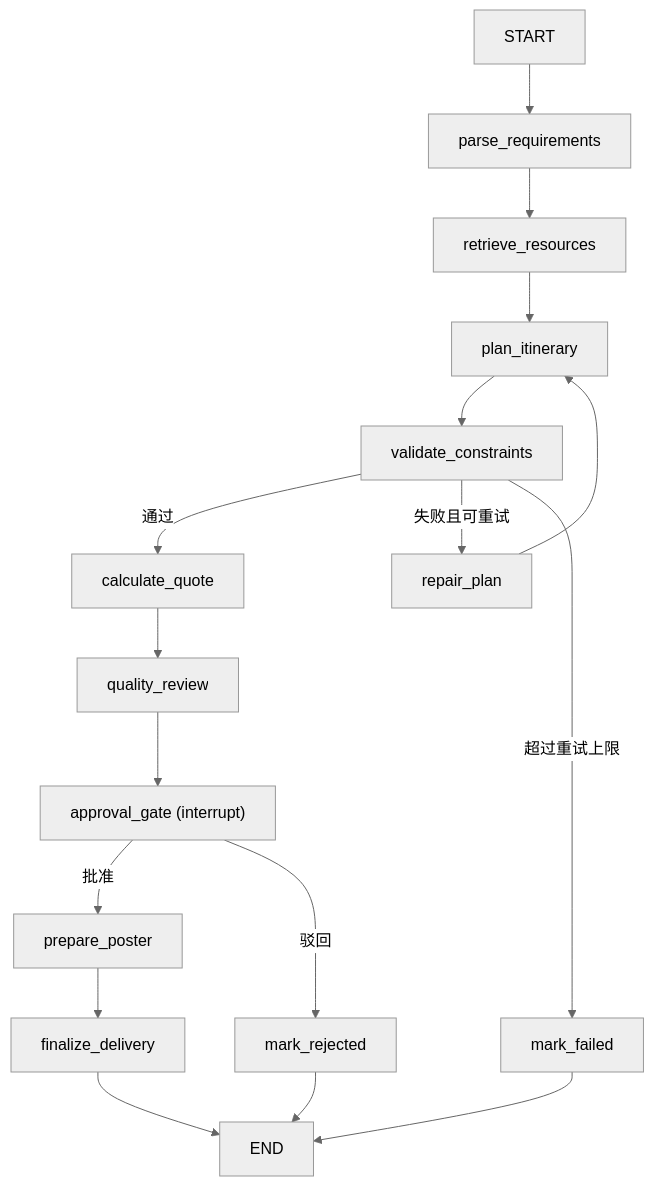
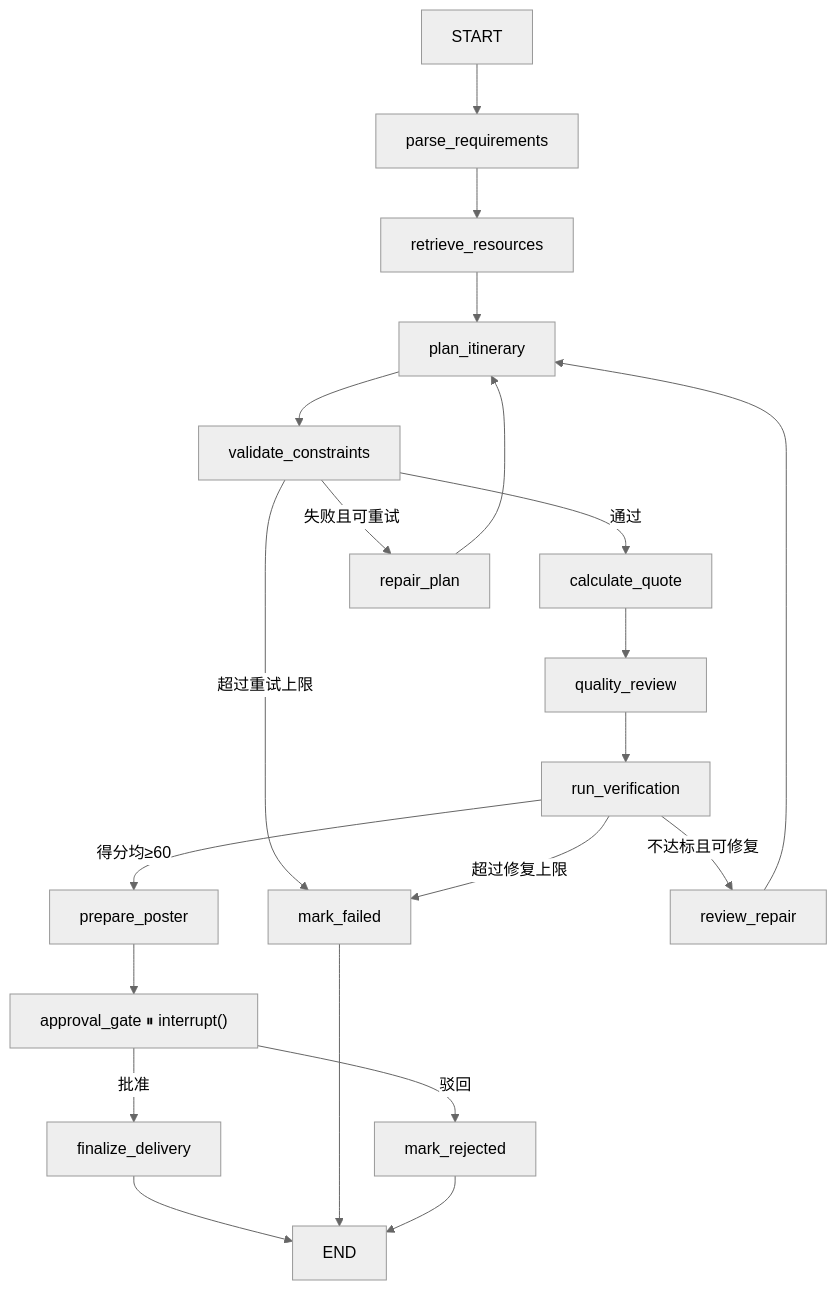
The diagram in docs/03-多Agent与LangGraph工作流.md (IsGodmini/muti-agents-projects), drawn with Mermaid (neutral theme) before and after one commit. The commit also changed other lines of this file and 12 other files, not shown here.

````diff
--- a/docs/03-多Agent与LangGraph工作流.md
+++ b/docs/03-多Agent与LangGraph工作流.md
@@ -31,19 +38,23 @@
 ```mermaid
 flowchart TD
     S["START"] --> P["parse_requirements"]
     P --> R["retrieve_resources"]
     R --> I["plan_itinerary"]
     I --> V["validate_constraints"]
     V -->|通过| C["calculate_quote"]
     V -->|失败且可重试| RP["repair_plan"]
     V -->|超过重试上限| F["mark_failed"]
     RP --> I
     C --> Q["quality_review"]
-    Q --> A["approval_gate (interrupt)"]
-    A -->|批准| PO["prepare_poster"]
-    A -->|驳回| X["mark_rejected"]
-    PO --> D["finalize_delivery"]
+    Q --> VER["run_verification"]
+    VER -->|得分均≥60| PO["prepare_poster"]
+    VER -->|不达标且可修复| RR["review_repair"]
+    VER -->|超过修复上限| F
+    RR --> I
+    PO --> G["approval_gate ⏸ interrupt()"]
+    G -->|批准| D["finalize_delivery"]
+    G -->|驳回| RJ["mark_rejected"]
     D --> E["END"]
     F --> E
-    X --> E
+    RJ --> E
 ```
````
